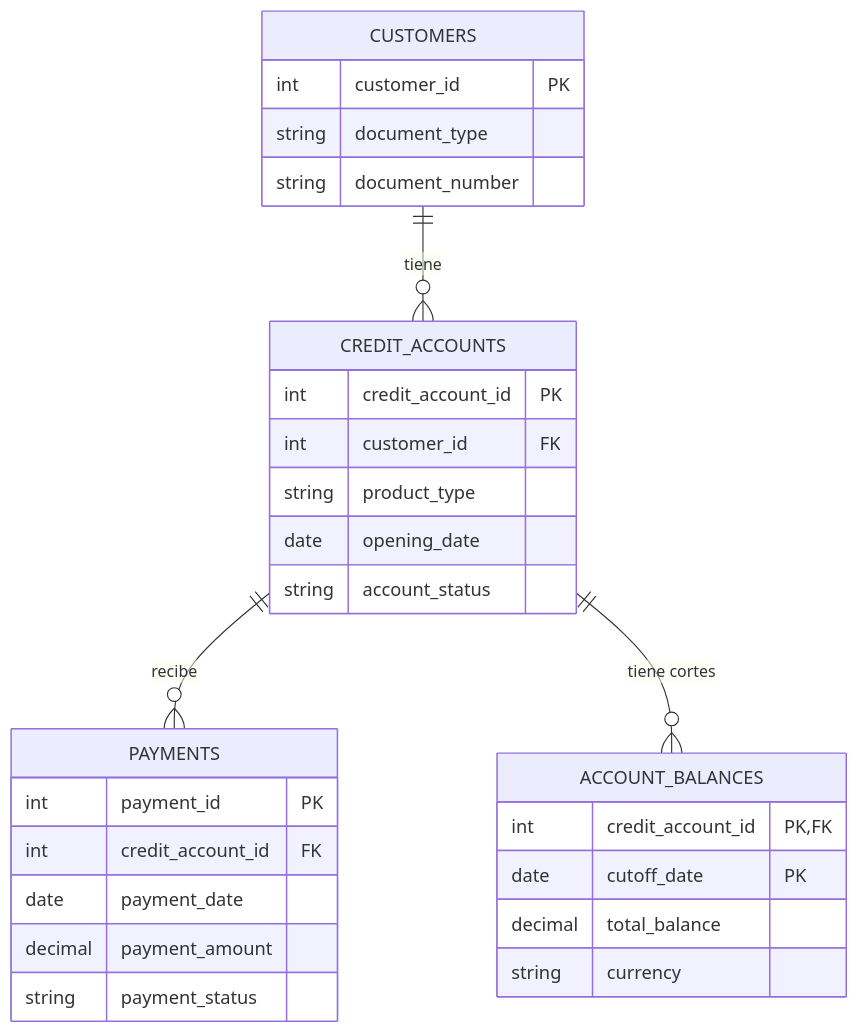
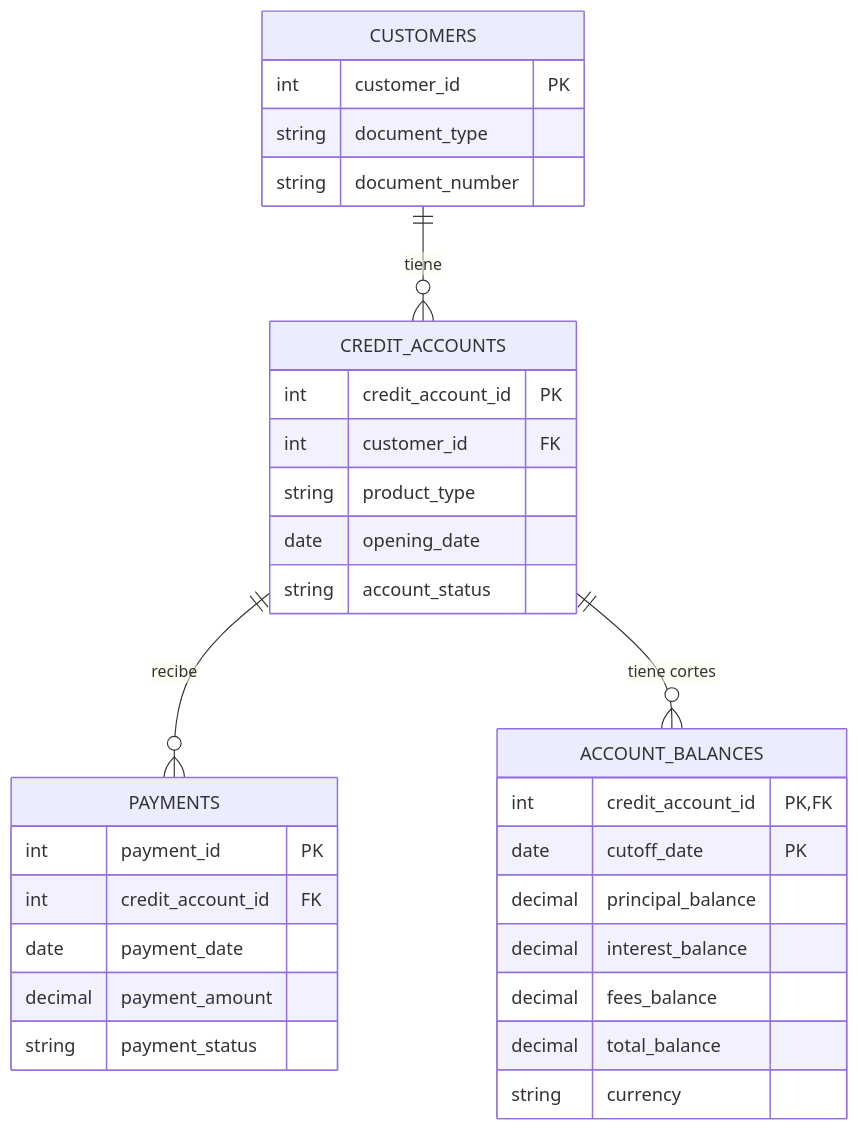
The diagram in README.md (HecRodCode/data-trust-qa), drawn with Mermaid before and after one commit. The commit also changed other lines of this file, not shown here.

````diff
--- a/README.md
+++ b/README.md
@@ -22,35 +22,38 @@
 ```mermaid
 erDiagram
     CUSTOMERS ||--o{ CREDIT_ACCOUNTS : "tiene"
     CREDIT_ACCOUNTS ||--o{ PAYMENTS : "recibe"
     CREDIT_ACCOUNTS ||--o{ ACCOUNT_BALANCES : "tiene cortes"
 
     CUSTOMERS {
         int customer_id PK
         string document_type
         string document_number
     }
 
     CREDIT_ACCOUNTS {
         int credit_account_id PK
         int customer_id FK
         string product_type
         date opening_date
         string account_status
     }
 
     PAYMENTS {
         int payment_id PK
         int credit_account_id FK
         date payment_date
         decimal payment_amount
         string payment_status
     }
 
     ACCOUNT_BALANCES {
         int credit_account_id PK, FK
         date cutoff_date PK
+        decimal principal_balance
+        decimal interest_balance
+        decimal fees_balance
         decimal total_balance
         string currency
     }
 ```
````
